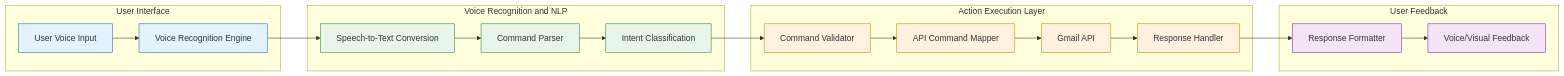
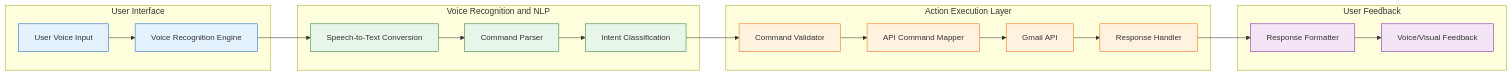
One commit to egoranuchin/ea-billing-platform-test changed the diagram in tech-doc/tech-doc.md. Above: the diagram before and after it, drawn with Mermaid.

Commit message:
mermaid fix

````diff
--- a/tech-doc/tech-doc.md
+++ b/tech-doc/tech-doc.md
@@ -31,35 +31,35 @@
 ```mermaid
 graph LR
     subgraph User Interface
         A[User Voice Input] --> B[Voice Recognition Engine]
     end
 
     subgraph Voice Recognition and NLP
         B --> C[Speech-to-Text Conversion]
         C --> D[Command Parser]
         D --> E[Intent Classification]
     end
 
     subgraph Action Execution Layer
         E --> F[Command Validator]
         F --> G[API Command Mapper]
         G --> H[Gmail API]
         H --> I[Response Handler]
     end
 
     subgraph User Feedback
         I --> J[Response Formatter]
         J --> K[Voice/Visual Feedback]
     end
 
     %% Styling
-    classDef interface fill:#e3f2fd,stroke:#1565c0
-    classDef nlp fill:#e8f5e9,stroke:#2e7d32
-    classDef api fill:#fff3e0,stroke:#ef6c00
-    classDef feedback fill:#f3e5f5,stroke:#7b1fa2
+    classDef interface fill:#e3f2fd,stroke:#1565c0,font-size:15px
+    classDef nlp fill:#e8f5e9,stroke:#2e7d32,font-size:15px
+    classDef api fill:#fff3e0,stroke:#ef6c00,font-size:15px
+    classDef feedback fill:#f3e5f5,stroke:#7b1fa2,font-size:15px
 
     class A,B interface
     class C,D,E nlp
     class F,G,H,I api
     class J,K feedback
 ```
````
